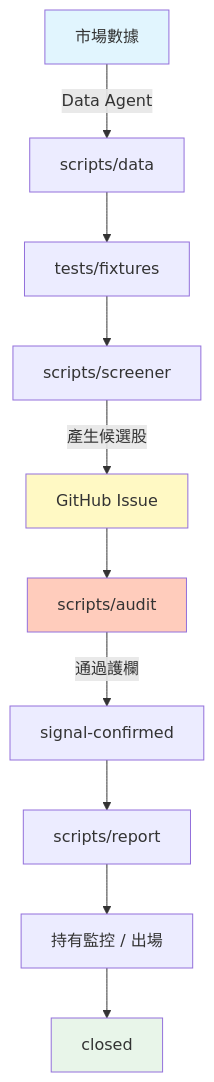
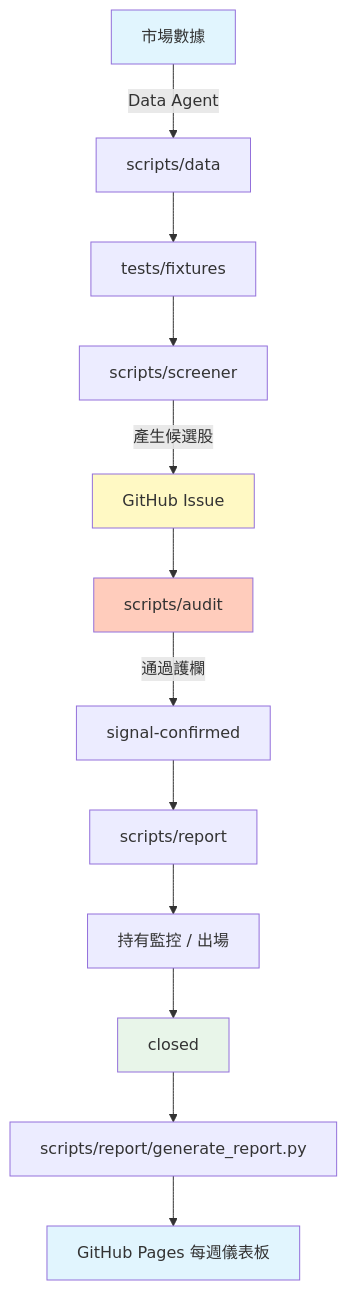
The diagram in README.md (nicklai12/tw-institutional-strategy), drawn with Mermaid before and after one commit. The commit also changed other lines of this file and 7 other files, not shown here.

First line of the commit message:
Add Phase 6 report agent, GitHub Pages workflow, tests, and docs

````diff
--- a/README.md
+++ b/README.md
@@ -9,17 +9,20 @@
 ```mermaid
 graph TD
     A[市場數據] -->|Data Agent| B[scripts/data]
     B --> C[tests/fixtures]
     C --> D[scripts/screener]
     D -->|產生候選股| E[GitHub Issue]
     E --> F[scripts/audit]
     F -->|通過護欄| G[signal-confirmed]
     G --> H[scripts/report]
     H --> I[持有監控 / 出場]
     I --> J[closed]
+    J --> K[scripts/report/generate_report.py]
+    K --> L[GitHub Pages 每週儀表板]
 
     style A fill:#e1f5fe
     style E fill:#fff9c4
     style F fill:#ffccbc
     style J fill:#e8f5e9
+    style L fill:#e1f5fe
 ```
````
